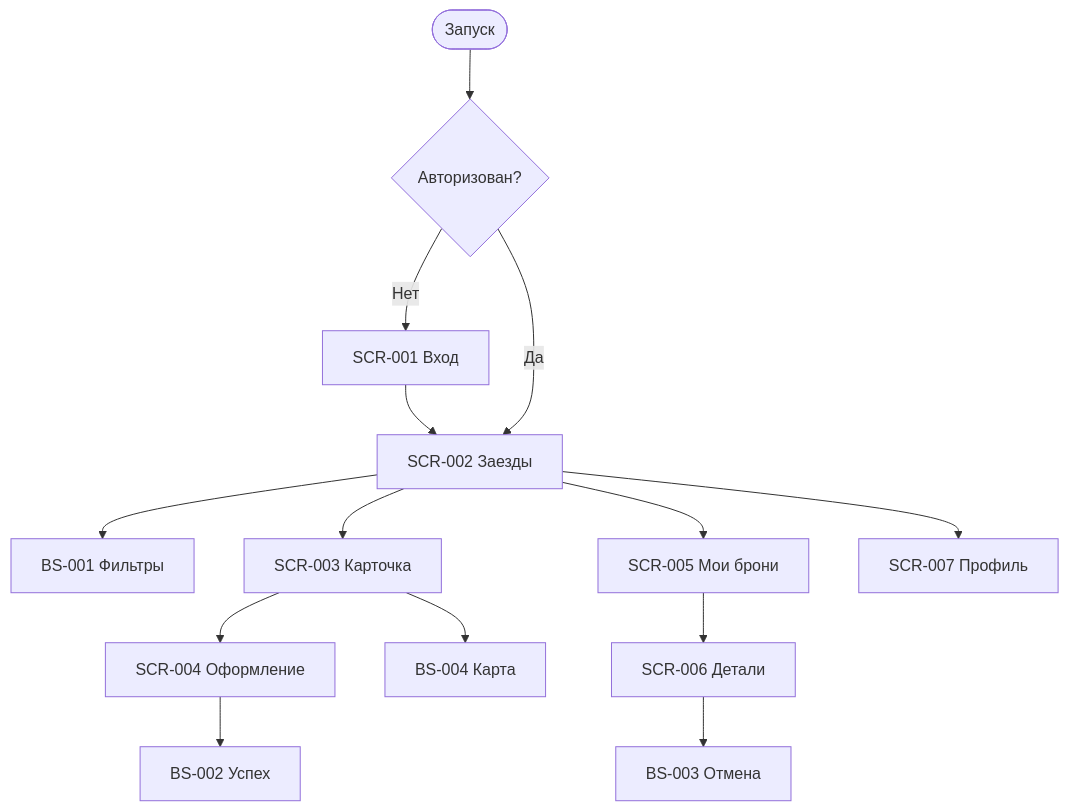
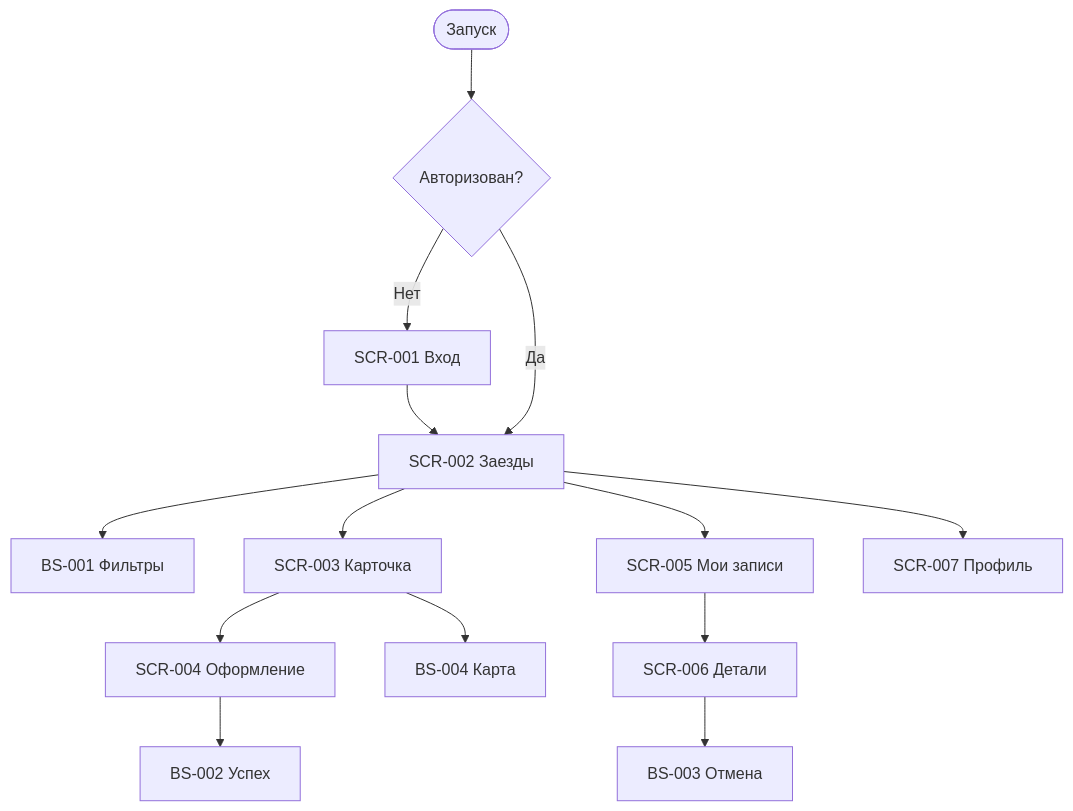
The diagram in 01-analysis/3-design-brief/design-brief.md (Asinasta/karting-center), drawn with Mermaid before and after one commit. The commit also changed other lines of this file and 19 other files, not shown here.

````diff
--- a/01-analysis/3-design-brief/design-brief.md
+++ b/01-analysis/3-design-brief/design-brief.md
@@ -39,16 +39,16 @@
 ```mermaid
 flowchart TD
   Start([Запуск]) --> Auth{Авторизован?}
   Auth -->|Нет| SCR001[SCR-001 Вход]
   Auth -->|Да| SCR002[SCR-002 Заезды]
   SCR001 --> SCR002
   SCR002 --> BS001[BS-001 Фильтры]
   SCR002 --> SCR003[SCR-003 Карточка]
   SCR003 --> SCR004[SCR-004 Оформление]
   SCR004 --> BS002[BS-002 Успех]
-  SCR002 --> SCR005[SCR-005 Мои брони]
+  SCR002 --> SCR005[SCR-005 Мои записи]
   SCR005 --> SCR006[SCR-006 Детали]
   SCR006 --> BS003[BS-003 Отмена]
   SCR003 --> BS004[BS-004 Карта]
   SCR002 --> SCR007[SCR-007 Профиль]
 ```
````
